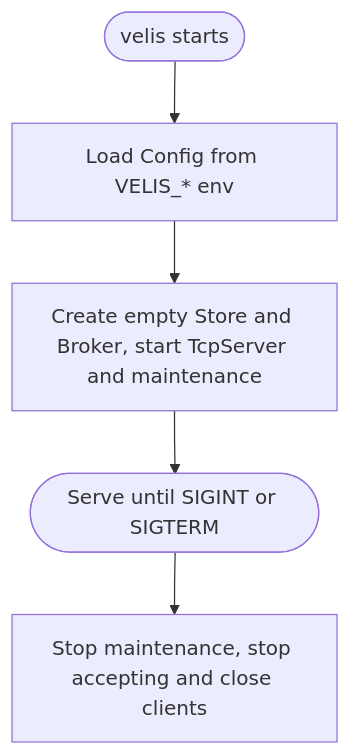
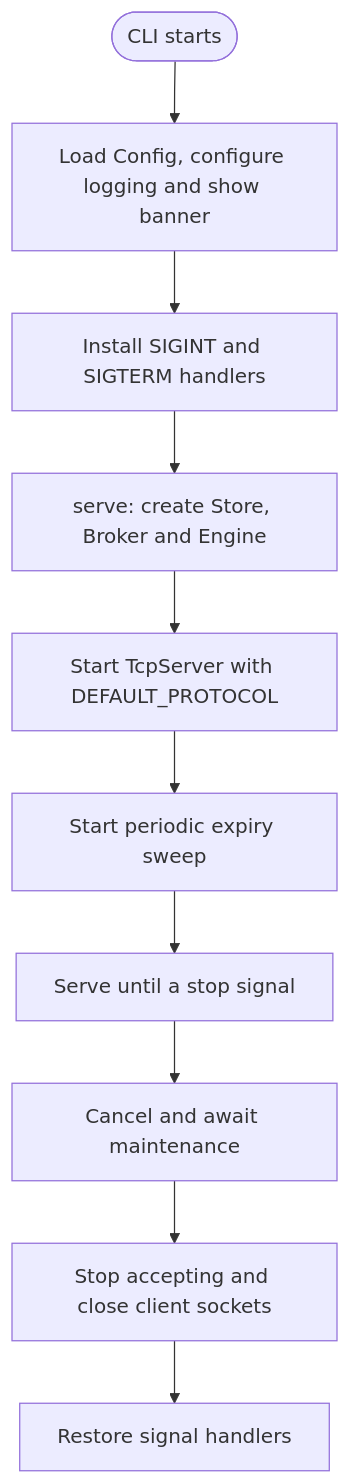
One commit to gchape/velis changed the fifth of 6 diagrams in README.md. Above: the diagram before and after it, drawn with Mermaid. The commit also changed other lines of this file and 19 other files, not shown here.

````diff
--- a/README.md
+++ b/README.md
@@ -193,7 +241,12 @@
 ```mermaid
 flowchart TD
-    start([velis starts]) --> load["Load Config from VELIS_* env"]
-    load --> serve["Create empty Store and Broker, start TcpServer and maintenance"]
-    serve --> run(["Serve until SIGINT or SIGTERM"])
-    run --> shut["Stop maintenance, stop accepting and close clients"]
+    start(["CLI starts"]) --> load["Load Config, configure logging and show banner"]
+    load --> signals["Install SIGINT and SIGTERM handlers"]
+    signals --> engine["serve: create Store, Broker and Engine"]
+    engine --> server["Start TcpServer with DEFAULT_PROTOCOL"]
+    server --> maintenance["Start periodic expiry sweep"]
+    maintenance --> run["Serve until a stop signal"]
+    run --> cancel["Cancel and await maintenance"]
+    cancel --> close["Stop accepting and close client sockets"]
+    close --> restore["Restore signal handlers"]
 ```
````
